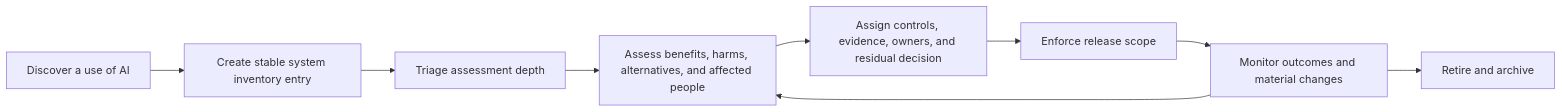
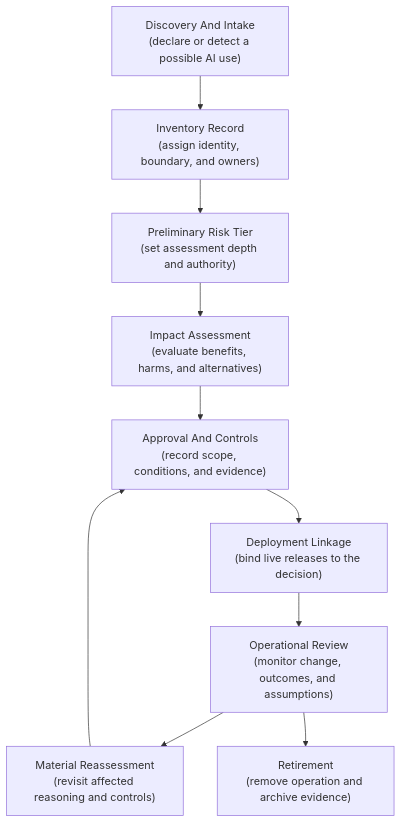
The second of 4 diagrams in roadmaps/mlops/modules/governance-and-responsible-ai/standards-and-compliance/02-ai-inventory-impact-assessments-third-party-risk.md (senlinyy/dev-roadmaps), drawn with Mermaid before and after one commit. The commit also changed other lines of this file and 152 other files, not shown here.

Commit message:
feat: mlops and diagrams updated

````diff
--- a/roadmaps/mlops/modules/governance-and-responsible-ai/standards-and-compliance/02-ai-inventory-impact-assessments-third-party-risk.md
+++ b/roadmaps/mlops/modules/governance-and-responsible-ai/standards-and-compliance/02-ai-inventory-impact-assessments-third-party-risk.md
@@ -36,11 +184,17 @@
 ```mermaid
-flowchart LR
-    D["Discover a use of AI"] --> I["Create stable system inventory entry"]
-    I --> T["Triage assessment depth"]
-    T --> A["Assess benefits, harms, alternatives, and affected people"]
-    A --> C["Assign controls, evidence, owners, and residual decision"]
-    C --> R["Enforce release scope"]
-    R --> M["Monitor outcomes and material changes"]
-    M --> A
-    M --> X["Retire and archive"]
+flowchart TD
+    A["Discovery And Intake<br/>(declare or detect a possible AI use)"] --> B["Inventory Record<br/>(assign identity, boundary, and owners)"]
+    B --> C["Preliminary Risk Tier<br/>(set assessment depth and authority)"]
+    C --> D["Impact Assessment<br/>(evaluate benefits, harms, and alternatives)"]
+    D --> E["Approval And Controls<br/>(record scope, conditions, and evidence)"]
+    E --> F["Deployment Linkage<br/>(bind live releases to the decision)"]
+    F --> G["Operational Review<br/>(monitor change, outcomes, and assumptions)"]
+    G --> H["Material Reassessment<br/>(revisit affected reasoning and controls)"]
+    H --> E
+    G --> I["Retirement<br/>(remove operation and archive evidence)"]
+
+    class A,B intake;
+    class C,D,E assess;
+    class F,G,H operate;
+    class I close;
 ```
````
